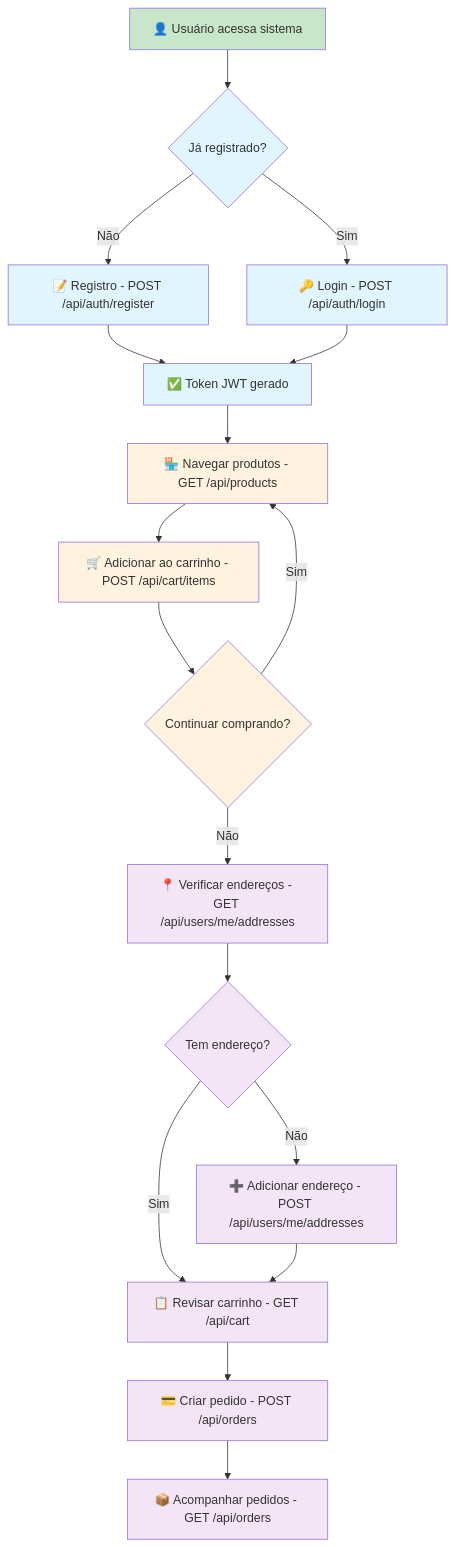
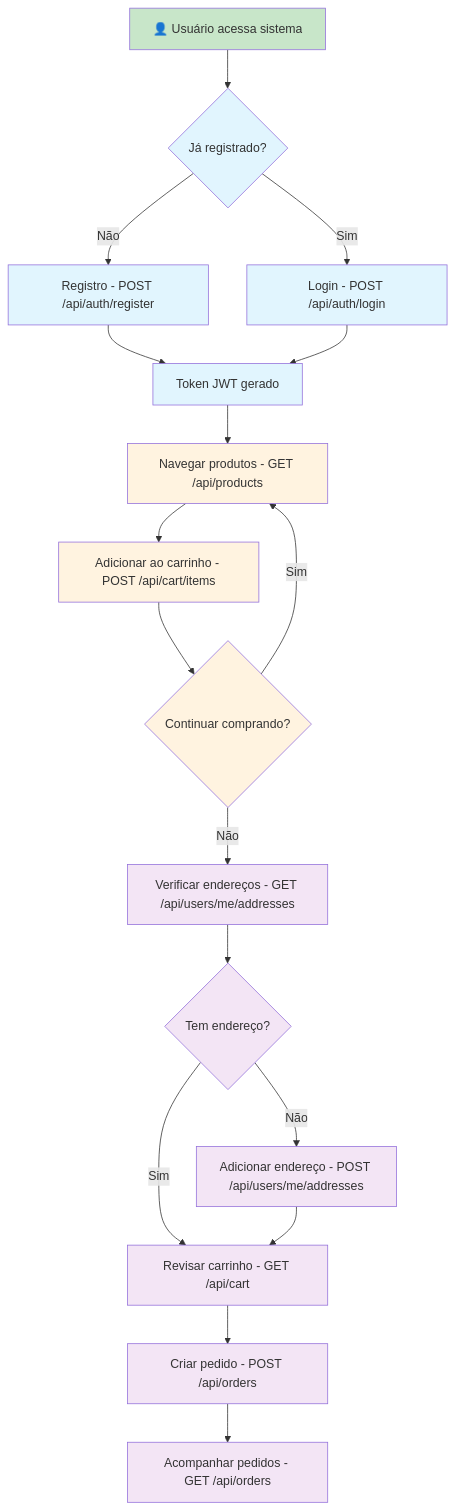
The second of 2 diagrams in docs/endpoints.md (Bulletdev/bullet-commerce), drawn with Mermaid before and after one commit. The commit also changed other lines of this file, not shown here.

````diff
--- a/docs/endpoints.md
+++ b/docs/endpoints.md
@@ -68,35 +68,35 @@
 ```mermaid
 graph TD
     A[👤 Usuário acessa sistema] --> B{Já registrado?}
-    B -->|Não| C[📝 Registro - POST /api/auth/register]
-    B -->|Sim| D[🔑 Login - POST /api/auth/login]
+    B -->|Não| C[ Registro - POST /api/auth/register]
+    B -->|Sim| D[ Login - POST /api/auth/login]
     
-    C --> E[✅ Token JWT gerado]
+    C --> E[ Token JWT gerado]
     D --> E
     
-    E --> F[🏪 Navegar produtos - GET /api/products]
-    F --> G[🛒 Adicionar ao carrinho - POST /api/cart/items]
+    E --> F[ Navegar produtos - GET /api/products]
+    F --> G[ Adicionar ao carrinho - POST /api/cart/items]
     
     G --> H{Continuar comprando?}
     H -->|Sim| F
-    H -->|Não| I[📍 Verificar endereços - GET /api/users/me/addresses]
+    H -->|Não| I[ Verificar endereços - GET /api/users/me/addresses]
     
     I --> J{Tem endereço?}
-    J -->|Não| K[➕ Adicionar endereço - POST /api/users/me/addresses]
-    J -->|Sim| L[📋 Revisar carrinho - GET /api/cart]
+    J -->|Não| K[ Adicionar endereço - POST /api/users/me/addresses]
+    J -->|Sim| L[ Revisar carrinho - GET /api/cart]
     
     K --> L
-    L --> M[💳 Criar pedido - POST /api/orders]
-    M --> N[📦 Acompanhar pedidos - GET /api/orders]
+    L --> M[ Criar pedido - POST /api/orders]
+    M --> N[ Acompanhar pedidos - GET /api/orders]
     
     %% Styling
     classDef start fill:#c8e6c9
     classDef auth fill:#e1f5fe
     classDef shop fill:#fff3e0
     classDef order fill:#f3e5f5
     
     class A start
     class B,C,D,E auth
     class F,G,H shop
     class I,J,K,L,M,N order
 ```
````
